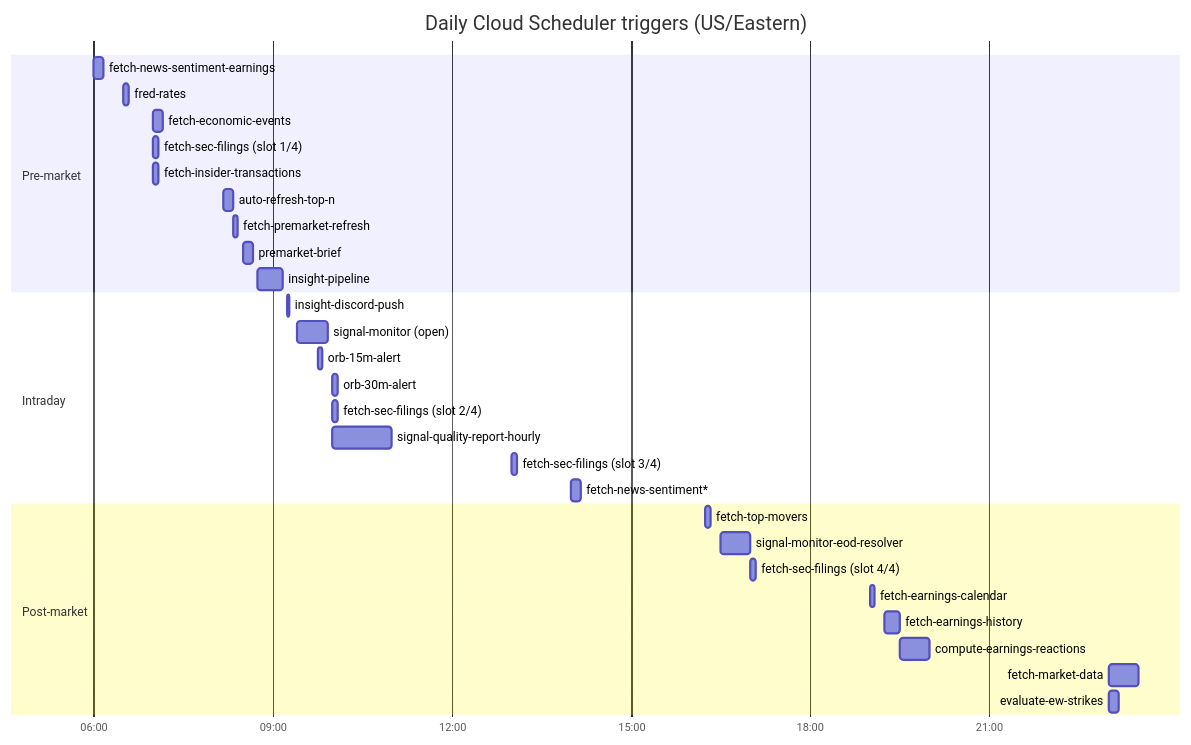
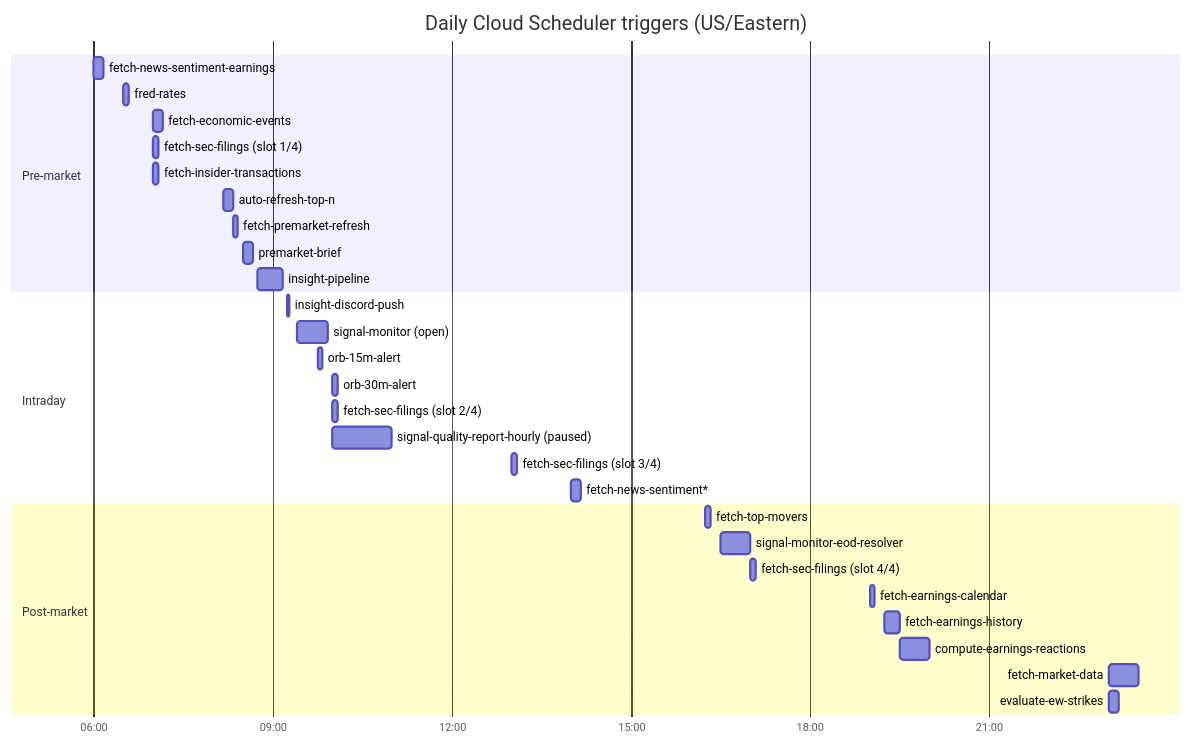
One commit to TeneikaAskew/stocks changed the fourth of 9 diagrams in docs/GCP_ARCHITECTURE.md. Above: the diagram before and after it, drawn with Mermaid. The commit also changed other lines of this file and 51 other files, not shown here.

````diff
--- a/docs/GCP_ARCHITECTURE.md
+++ b/docs/GCP_ARCHITECTURE.md
@@ -392,37 +421,37 @@
 ```mermaid
 gantt
     title Daily Cloud Scheduler triggers (US/Eastern)
     dateFormat HH:mm
     axisFormat %H:%M
 
     section Pre-market
     fetch-news-sentiment-earnings :a0, 06:00, 10m
     fred-rates                    :a1, 06:30, 5m
     fetch-economic-events         :a2, 07:00, 10m
     fetch-sec-filings (slot 1/4)  :a3, 07:00, 5m
     fetch-insider-transactions    :a4, 07:00, 5m
     auto-refresh-top-n            :a6, 08:10, 10m
     fetch-premarket-refresh       :a7, 08:20, 5m
     premarket-brief               :a8, 08:30, 10m
     insight-pipeline              :a9, 08:45, 25m
 
     section Intraday
     insight-discord-push          :b1, 09:15, 2m
     signal-monitor (open)         :b2, 09:25, 30m
     orb-15m-alert                 :b3, 09:45, 5m
     orb-30m-alert                 :b4, 10:00, 5m
     fetch-sec-filings (slot 2/4)  :b5, 10:00, 5m
-    signal-quality-report-hourly  :b6, 10:00, 60m
+    signal-quality-report-hourly (paused) :b6, 10:00, 60m
     fetch-sec-filings (slot 3/4)  :b7, 13:00, 5m
     fetch-news-sentiment*         :b8, 14:00, 10m
 
     section Post-market
     fetch-top-movers              :c1, 16:15, 5m
     signal-monitor-eod-resolver   :c2, 16:30, 30m
     fetch-sec-filings (slot 4/4)  :c3, 17:00, 5m
     fetch-earnings-calendar       :c4, 19:00, 5m
     fetch-earnings-history        :c5, 19:15, 15m
     compute-earnings-reactions    :c6, 19:30, 30m
     fetch-market-data             :c7, 23:00, 30m
     evaluate-ew-strikes           :c8, 23:00, 10m
 ```
````
